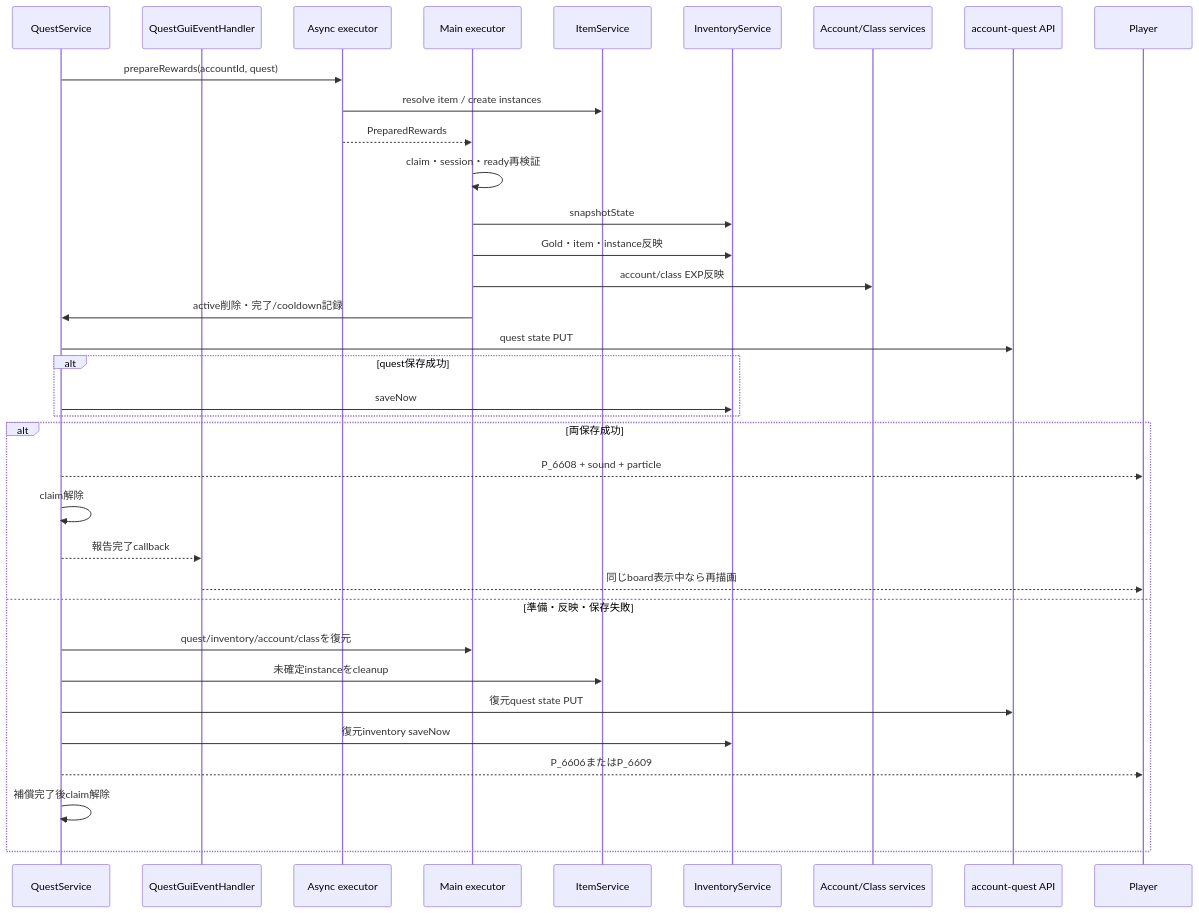
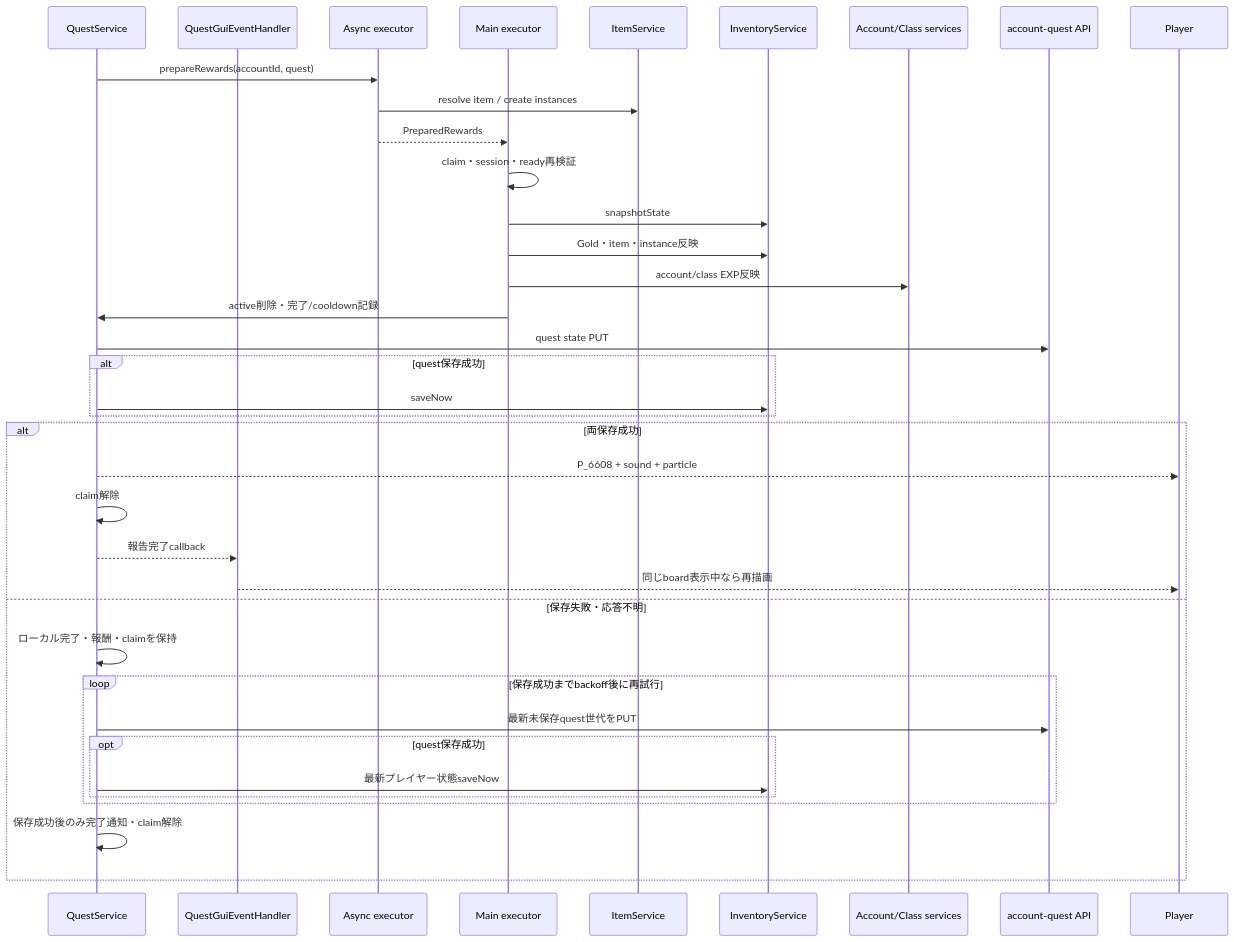
One commit to maaasu/AstralRecord-Workspace changed the fourth of 5 diagrams in 00_docs/10_Plugin設計書/feature/29-quest/29_4-統合フロー.md. Above: the diagram before and after it, drawn with Mermaid. The commit also changed other lines of this file and 8 other files, not shown here.

````diff
--- a/00_docs/10_Plugin設計書/feature/29-quest/29_4-統合フロー.md
+++ b/00_docs/10_Plugin設計書/feature/29-quest/29_4-統合フロー.md
@@ -129,38 +129,40 @@
 ```mermaid
 sequenceDiagram
     participant Quest as QuestService
     participant GUI as QuestGuiEventHandler
     participant Async as Async executor
     participant Main as Main executor
     participant Item as ItemService
     participant Inventory as InventoryService
     participant Account as Account/Class services
     participant API as account-quest API
     participant Player as Player
 
     Quest->>Async: prepareRewards(accountId, quest)
     Async->>Item: resolve item / create instances
     Async-->>Main: PreparedRewards
     Main->>Main: claim・session・ready再検証
     Main->>Inventory: snapshotState
     Main->>Inventory: Gold・item・instance反映
     Main->>Account: account/class EXP反映
     Main->>Quest: active削除・完了/cooldown記録
     Quest->>API: quest state PUT
     alt quest保存成功
         Quest->>Inventory: saveNow
     end
     alt 両保存成功
         Quest-->>Player: P_6608 + sound + particle
         Quest->>Quest: claim解除
         Quest-->>GUI: 報告完了callback
         GUI-->>Player: 同じboard表示中なら再描画
-    else 準備・反映・保存失敗
-        Quest->>Main: quest/inventory/account/classを復元
-        Quest->>Item: 未確定instanceをcleanup
-        Quest->>API: 復元quest state PUT
-        Quest->>Inventory: 復元inventory saveNow
-        Quest-->>Player: P_6606またはP_6609
-        Quest->>Quest: 補償完了後claim解除
+    else 保存失敗・応答不明
+        Quest->>Quest: ローカル完了・報酬・claimを保持
+        loop 保存成功までbackoff後に再試行
+            Quest->>API: 最新未保存quest世代をPUT
+            opt quest保存成功
+                Quest->>Inventory: 最新プレイヤー状態saveNow
+            end
+        end
+        Quest->>Quest: 保存成功後のみ完了通知・claim解除
     end
 ```
````
